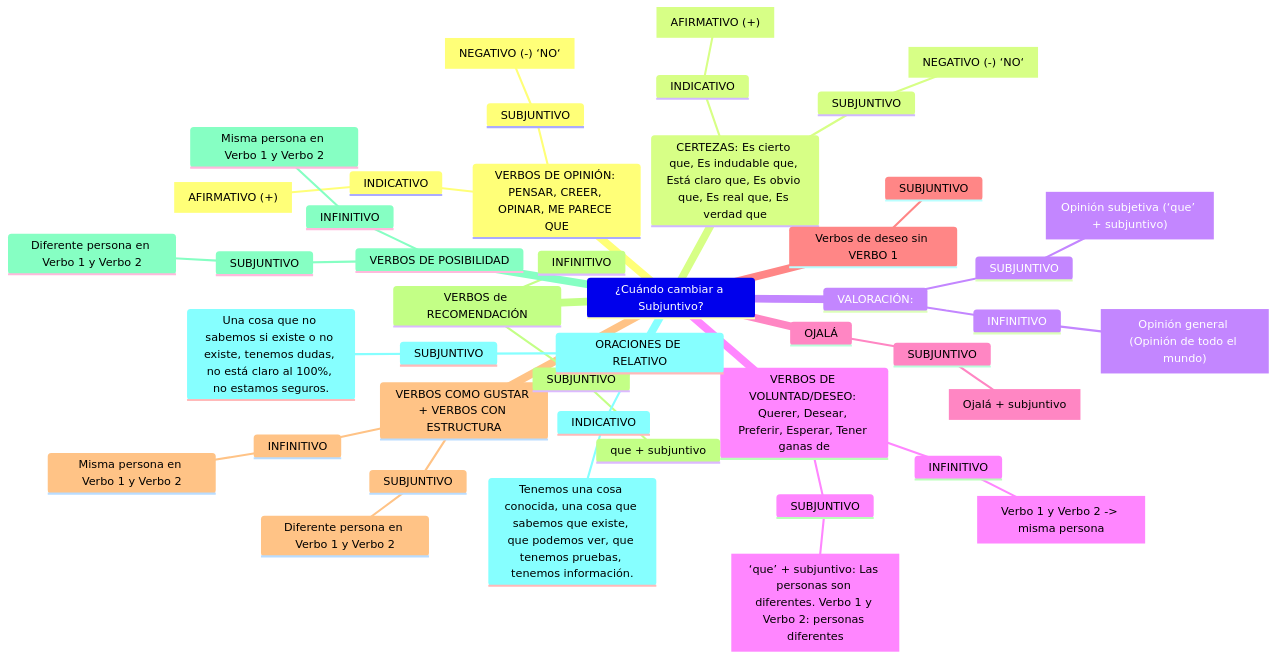
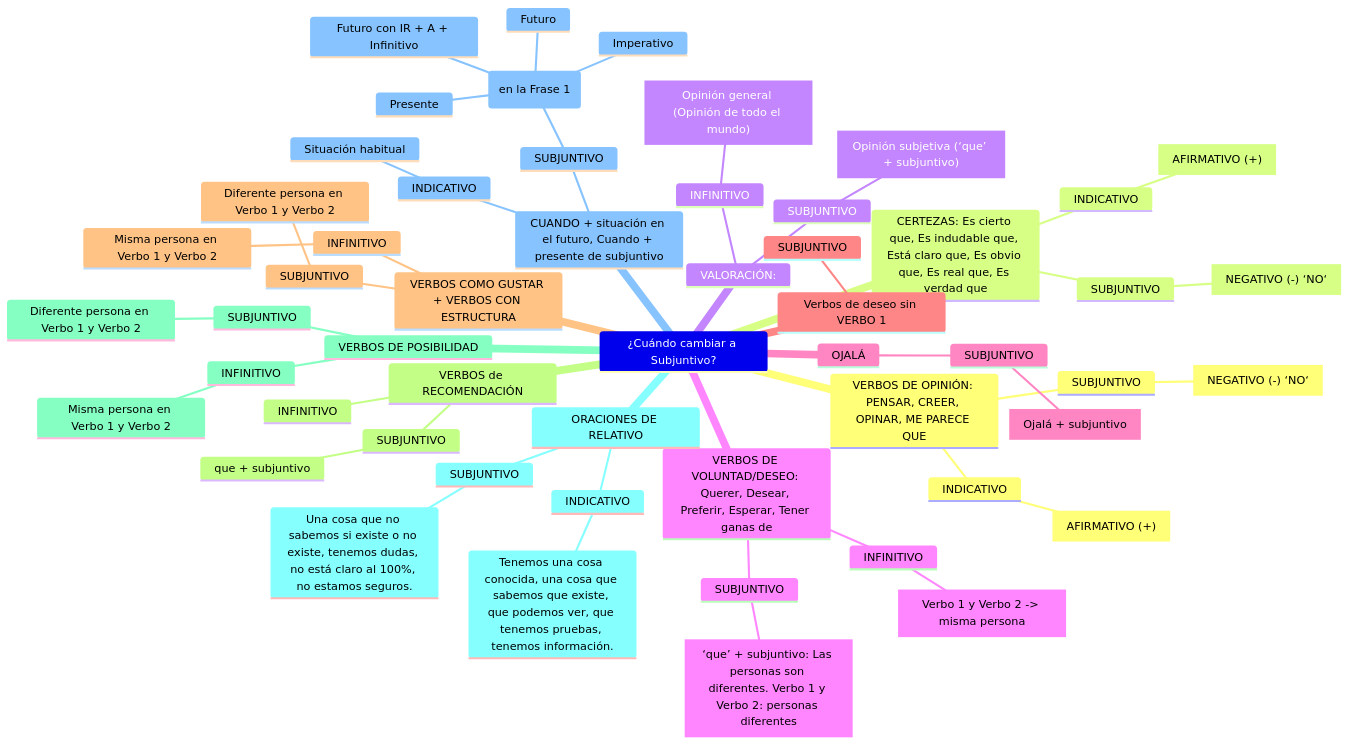
The second of 2 diagrams in test.md (bibenga/docker-django-play), drawn with Mermaid before and after one commit.

````diff
--- a/test.md
+++ b/test.md
@@ -23,49 +23,58 @@
 ```mermaid
 mindmap
 ¿Cuándo cambiar a Subjuntivo?
     VERBOS DE OPINIÓN: PENSAR, CREER, OPINAR, ME PARECE QUE
         INDICATIVO
             ["AFIRMATIVO (+)"]
         SUBJUNTIVO
             ["NEGATIVO (-) ‘NO‘"]
     CERTEZAS: Es cierto que, Es indudable que, Está claro que, Es obvio que, Es real que, Es verdad que
         INDICATIVO
             ["AFIRMATIVO (+)"]
         SUBJUNTIVO
             ["NEGATIVO (-) ‘NO‘"]
     VALORACIÓN:
         INFINITIVO
             ["Opinión general (Opinión de todo el mundo)"]
         SUBJUNTIVO
             ["Opinión subjetiva (‘que’ + subjuntivo)"]
     VERBOS DE VOLUNTAD/DESEO: Querer, Desear, Preferir, Esperar, Tener ganas de
         INFINITIVO
             ["Verbo 1 y Verbo 2 -> misma persona"]
         SUBJUNTIVO
             ["‘que’ + subjuntivo: Las personas son diferentes. Verbo 1 y Verbo 2: personas diferentes"]
     OJALÁ
         SUBJUNTIVO
             ["Ojalá + subjuntivo"]
     Verbos de deseo sin VERBO 1
         SUBJUNTIVO
     VERBOS COMO GUSTAR + VERBOS CON ESTRUCTURA
         INFINITIVO
             Misma persona en Verbo 1 y Verbo 2
         SUBJUNTIVO
             Diferente persona en Verbo 1 y Verbo 2
     VERBOS de RECOMENDACIÓN
         INFINITIVO
         SUBJUNTIVO
             que + subjuntivo
     VERBOS DE POSIBILIDAD
         INFINITIVO
             Misma persona en Verbo 1 y Verbo 2
         SUBJUNTIVO
             Diferente persona en Verbo 1 y Verbo 2
     ORACIONES DE RELATIVO
         INDICATIVO
             Tenemos una cosa conocida, una cosa que sabemos que existe, que podemos ver, que tenemos pruebas, tenemos información.
         SUBJUNTIVO
             Una cosa que no sabemos si existe o no existe, tenemos dudas, no está claro al 100%, no estamos seguros.
+    CUANDO + situación en el futuro, Cuando + presente de subjuntivo
+        INDICATIVO
+            Situación habitual
+        SUBJUNTIVO
+            CUANDO + situación en el futuro: Cuando + presente de subjuntivo (en la Frase 1)
+                Presente
+                Futuro con IR + A + Infinitivo
+                Futuro
+                Imperativo
 
 ```
````
